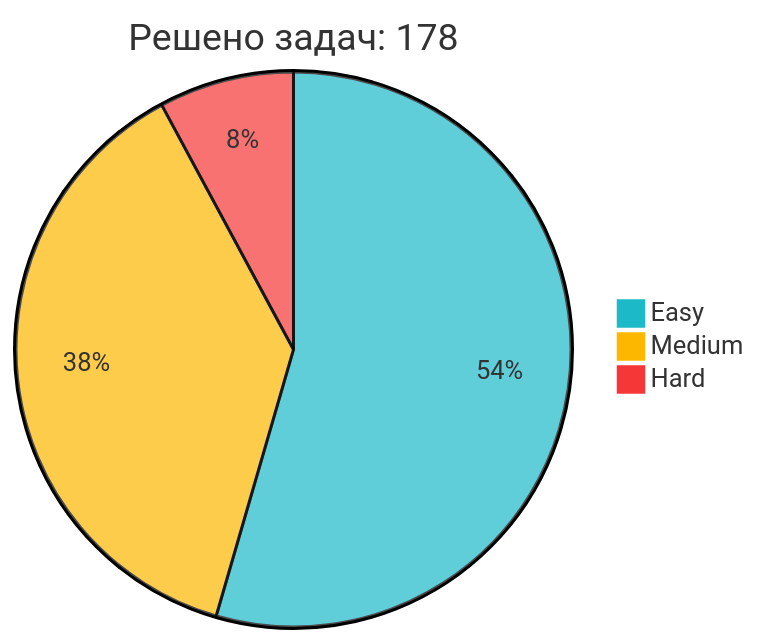
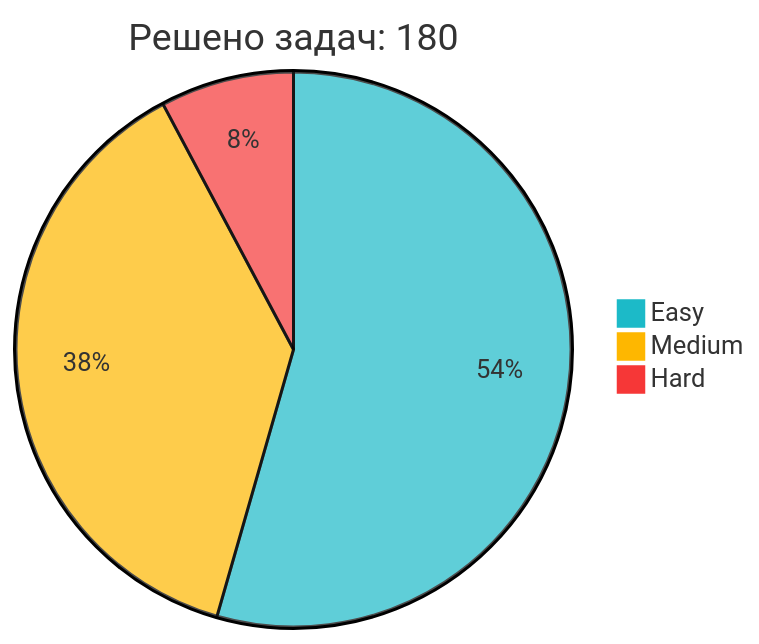
One commit to IliaKurdukov/IliaKurdukov changed the diagram in README.md. Above: the diagram before and after it, drawn with Mermaid. The commit also changed other lines of this file, not shown here.

Commit message:
📈 Обновление статистики LeetCode

````diff
--- a/README.md
+++ b/README.md
@@ -51,7 +51,7 @@
 ```mermaid
 %%{init: {'theme': 'base', 'themeVariables': { 'pie1': '#1CBAC8', 'pie2': '#FEB700', 'pie3': '#F63737' }, 'config': {'width': 300, 'height': 200}}}%%
-pie title Решено задач: 178
-   "Easy" : 97
-   "Medium" : 67
+pie title Решено задач: 180
+   "Easy" : 98
+   "Medium" : 68
    "Hard" : 14
 ```
````
